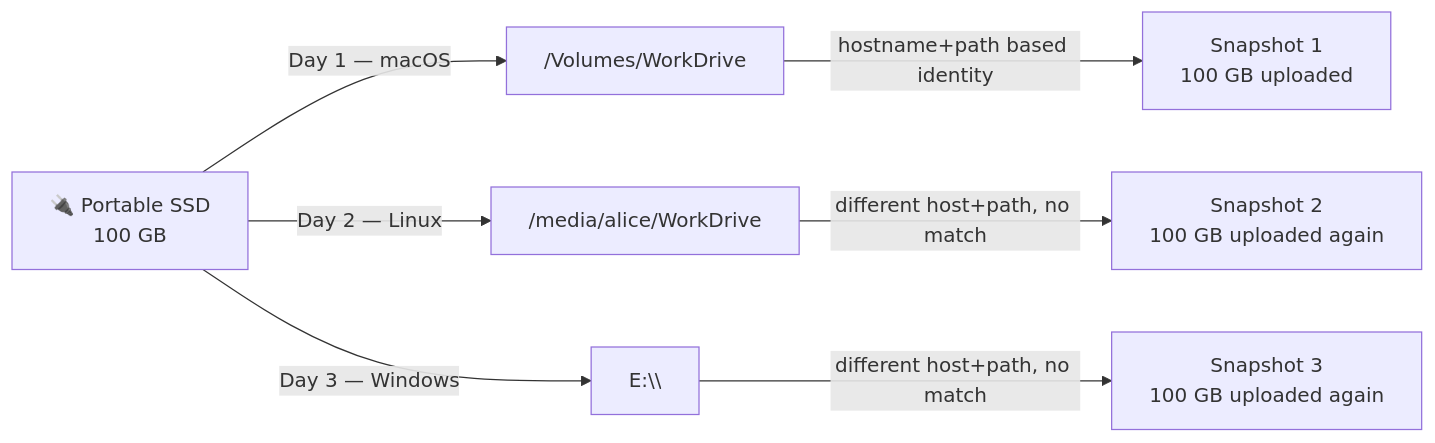
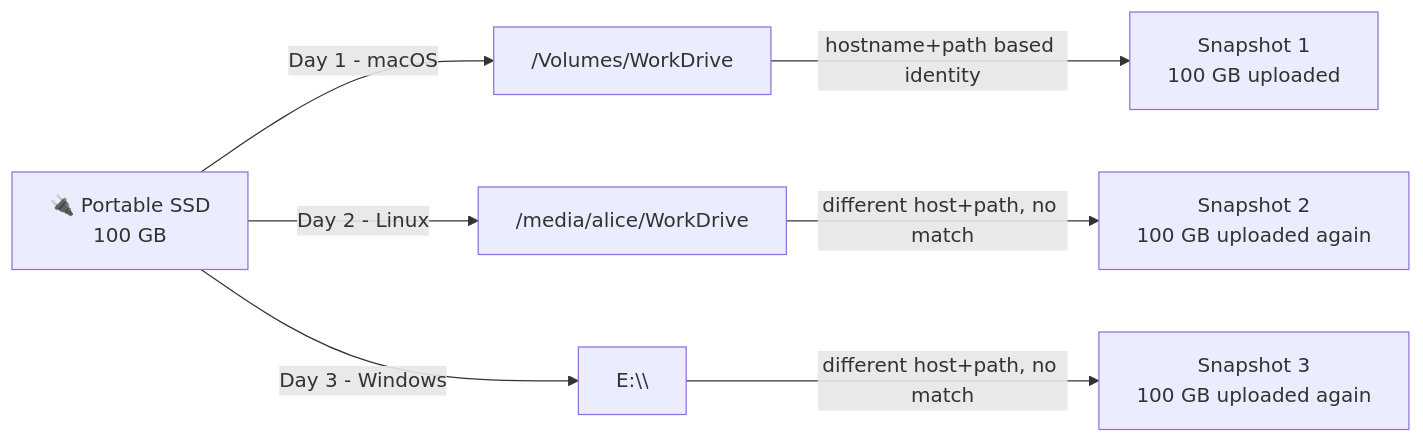
Before and after one commit to Cloudstic/blog: the first of 4 diagrams in _posts/2026-03-12-backing-up-portable-drives.md, drawn with Mermaid. The commit also changed other lines of this file, not shown here.

````diff
--- a/_posts/2026-03-12-backing-up-portable-drives.md
+++ b/_posts/2026-03-12-backing-up-portable-drives.md
@@ -29,12 +29,12 @@
 ```mermaid
 graph LR
     Drive["🔌 Portable SSD\n100 GB"]
 
-    Drive -->|Day 1 — macOS| MA["/Volumes/WorkDrive"]
-    Drive -->|Day 2 — Linux| LX["/media/alice/WorkDrive"]
-    Drive -->|Day 3 — Windows| WN["E:\\"]
+    Drive -->|Day 1 - macOS| MA["/Volumes/WorkDrive"]
+    Drive -->|Day 2 - Linux| LX["/media/alice/WorkDrive"]
+    Drive -->|Day 3 - Windows| WN["E:\\"]
 
     MA -->|hostname+path based identity| S1["Snapshot 1\n100 GB uploaded"]
     LX -->|different host+path, no match| S2["Snapshot 2\n100 GB uploaded again"]
     WN -->|different host+path, no match| S3["Snapshot 3\n100 GB uploaded again"]
 ```
````
